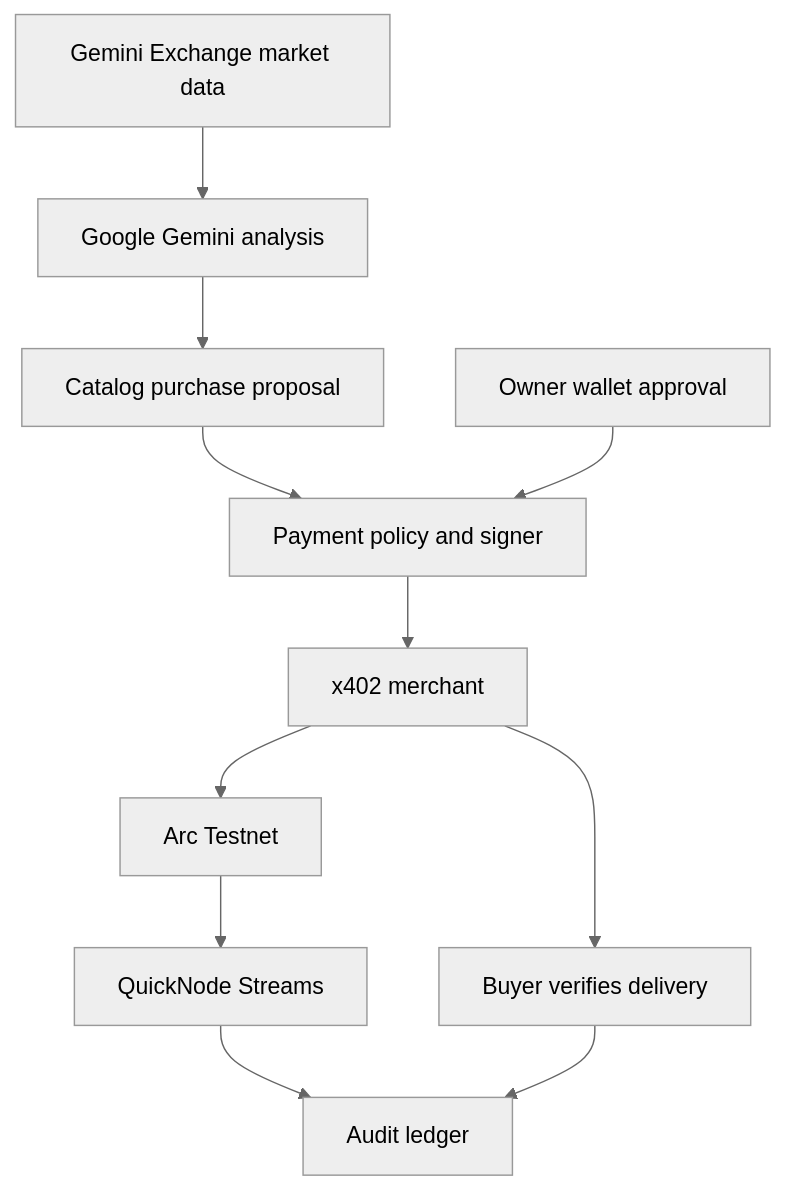
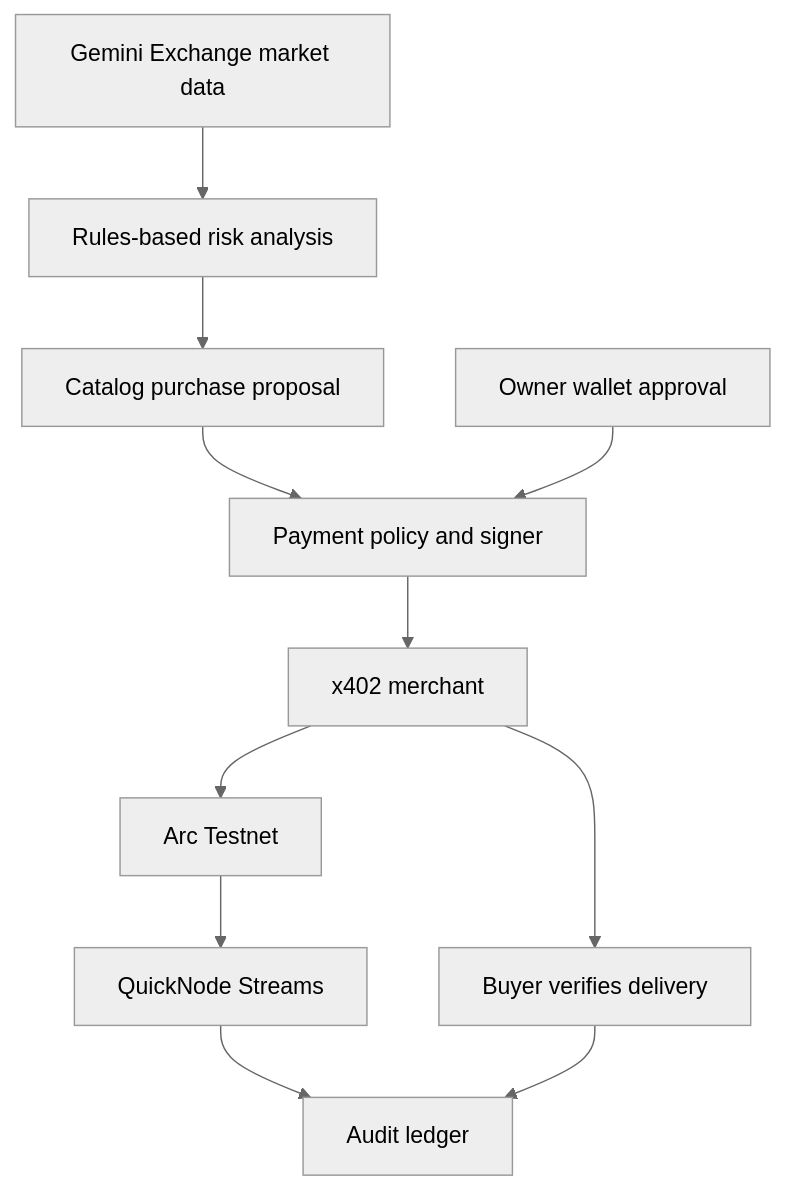
One commit to ubc-2026/verity changed the diagram in README.md. Above: the diagram before and after it, drawn with Mermaid (neutral theme). The commit also changed other lines of this file, not shown here.

Commit message:
README: remove Google Gemini from the architecture

````diff
--- a/README.md
+++ b/README.md
@@ -20,13 +20,13 @@
 ```mermaid
 flowchart TD
-    Market["Gemini Exchange market data"] --> Analysis["Google Gemini analysis"]
+    Market["Gemini Exchange market data"] --> Analysis["Rules-based risk analysis"]
     Analysis --> Proposal["Catalog purchase proposal"]
     Proposal --> Policy["Payment policy and signer"]
     Owner["Owner wallet approval"] --> Policy
     Policy --> Merchant["x402 merchant"]
     Merchant --> Arc["Arc Testnet"]
     Merchant --> Delivery["Buyer verifies delivery"]
     Arc --> Stream["QuickNode Streams"]
     Stream --> Ledger["Audit ledger"]
     Delivery --> Ledger
 ```
````
